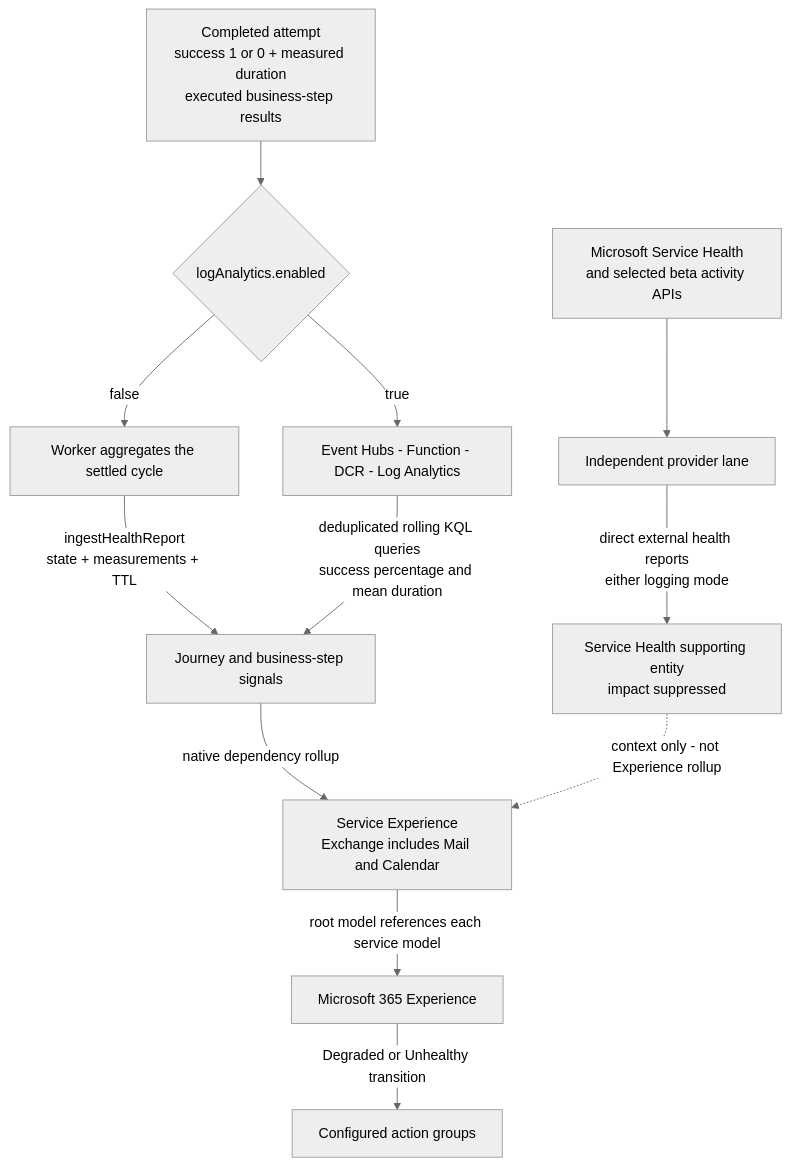
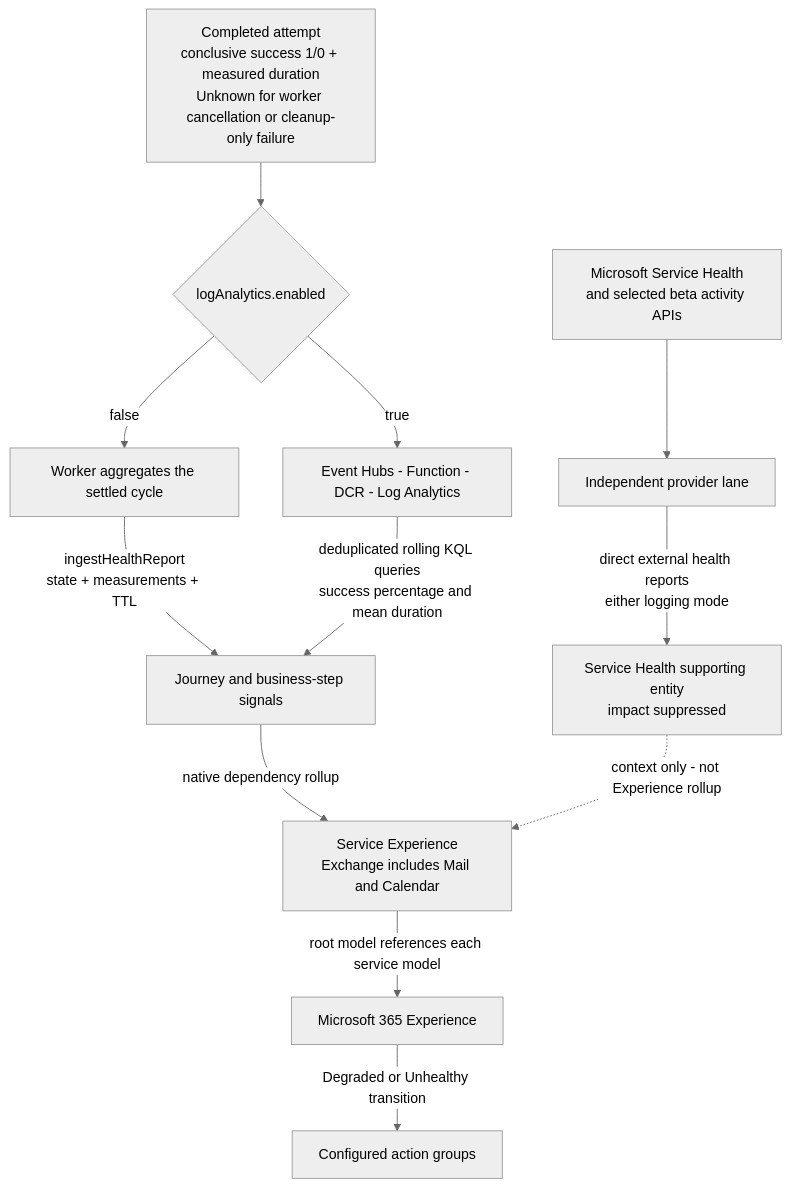
The second of 3 diagrams in docs/architecture.md (mariehalloran/ahm-m365-example), drawn with Mermaid (neutral theme) before and after one commit. The commit also changed other lines of this file and 39 other files, not shown here.

First line of the commit message:
Report inconclusive monitoring results as Unknown

````diff
--- a/docs/architecture.md
+++ b/docs/architecture.md
@@ -53,15 +53,15 @@
 ```mermaid
 flowchart TB
-    attempt["Completed attempt<br/>success 1 or 0 + measured duration<br/>executed business-step results"]
+    attempt["Completed attempt<br/>conclusive success 1/0 + measured duration<br/>Unknown for worker cancellation or cleanup-only failure"]
     attempt --> toggle{"logAnalytics.enabled"}
     toggle -->|"false"| aggregate["Worker aggregates the settled cycle"]
     aggregate -->|"ingestHealthReport<br/>state + measurements + TTL"| journey["Journey and business-step signals"]
     toggle -->|"true"| pipeline["Event Hubs - Function - DCR - Log Analytics"]
     pipeline -->|"deduplicated rolling KQL queries<br/>success percentage and mean duration"| journey
     journey -->|"native dependency rollup"| experience["Service Experience<br/>Exchange includes Mail and Calendar"]
     experience -->|"root model references each service model"| root["Microsoft 365 Experience"]
     root -->|"Degraded or Unhealthy transition"| alert["Configured action groups"]
     provider["Microsoft Service Health<br/>and selected beta activity APIs"] --> collector["Independent provider lane"]
     collector -->|"direct external health reports<br/>either logging mode"| supporting["Service Health supporting entity<br/>impact suppressed"]
     supporting -.->|"context only - not Experience rollup"| experience
 ```
````
